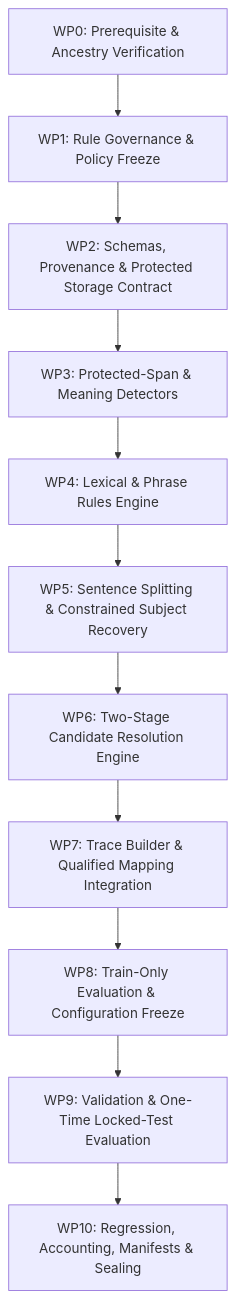
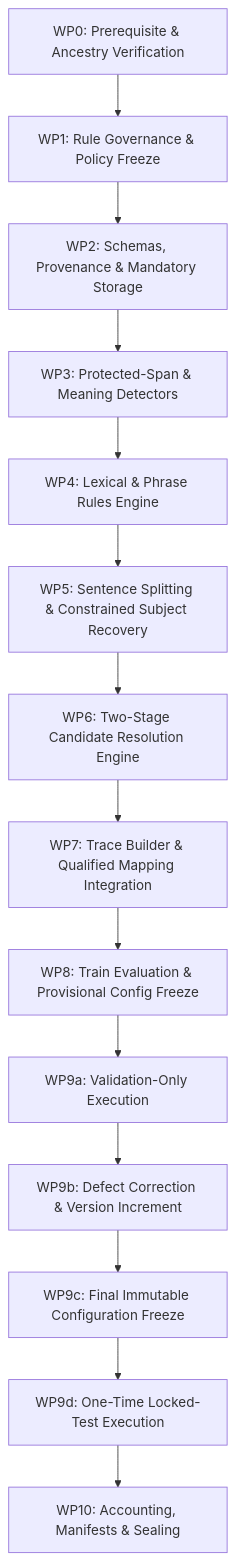
One commit to LasinduDeshan/Language_Simplification_MVP changed the second of 2 diagrams in docs/stage33_implementation_plan.md. Above: the diagram before and after it, drawn with Mermaid. The commit also changed other lines of this file and 37 other files, not shown here.

````diff
--- a/docs/stage33_implementation_plan.md
+++ b/docs/stage33_implementation_plan.md
@@ -558,13 +641,16 @@
 ```mermaid
 flowchart TD
     WP0["WP0: Prerequisite & Ancestry Verification"] --> WP1["WP1: Rule Governance & Policy Freeze"]
-    WP1 --> WP2["WP2: Schemas, Provenance & Protected Storage Contract"]
+    WP1 --> WP2["WP2: Schemas, Provenance & Mandatory Storage"]
     WP2 --> WP3["WP3: Protected-Span & Meaning Detectors"]
     WP3 --> WP4["WP4: Lexical & Phrase Rules Engine"]
     WP4 --> WP5["WP5: Sentence Splitting & Constrained Subject Recovery"]
     WP5 --> WP6["WP6: Two-Stage Candidate Resolution Engine"]
     WP6 --> WP7["WP7: Trace Builder & Qualified Mapping Integration"]
-    WP7 --> WP8["WP8: Train-Only Evaluation & Configuration Freeze"]
-    WP8 --> WP9["WP9: Validation & One-Time Locked-Test Evaluation"]
-    WP9 --> WP10["WP10: Regression, Accounting, Manifests & Sealing"]
+    WP7 --> WP8["WP8: Train Evaluation & Provisional Config Freeze"]
+    WP8 --> WP9a["WP9a: Validation-Only Execution"]
+    WP9a --> WP9b["WP9b: Defect Correction & Version Increment"]
+    WP9b --> WP9c["WP9c: Final Immutable Configuration Freeze"]
+    WP9c --> WP9d["WP9d: One-Time Locked-Test Execution"]
+    WP9d --> WP10["WP10: Accounting, Manifests & Sealing"]
 ```
````
